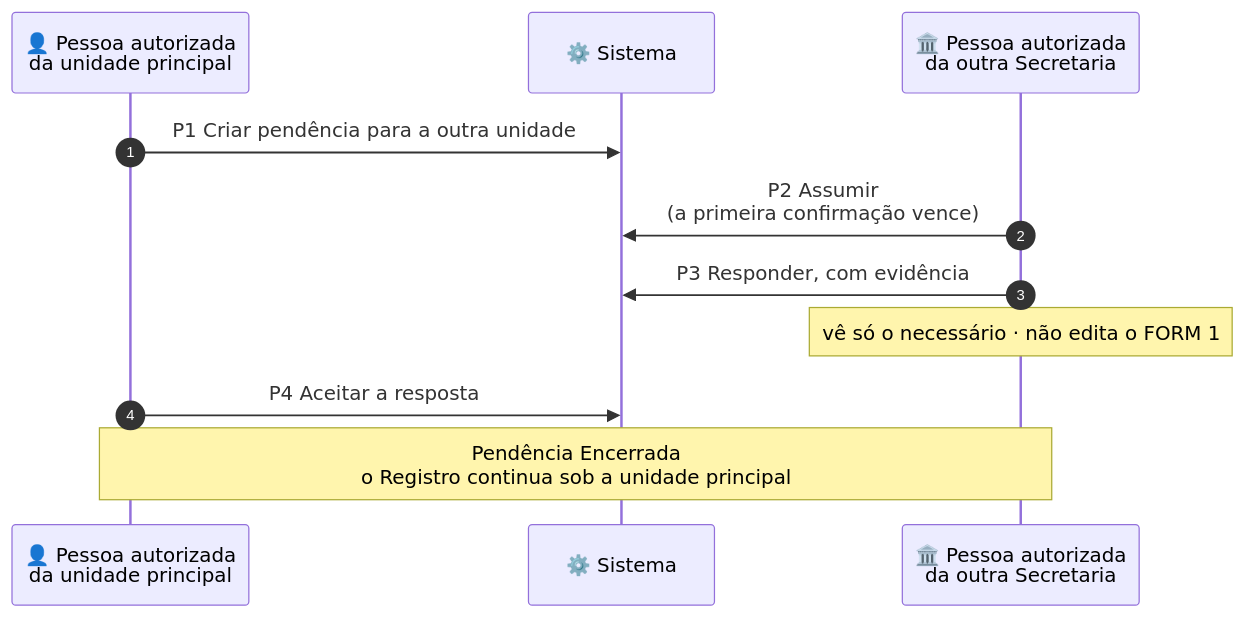
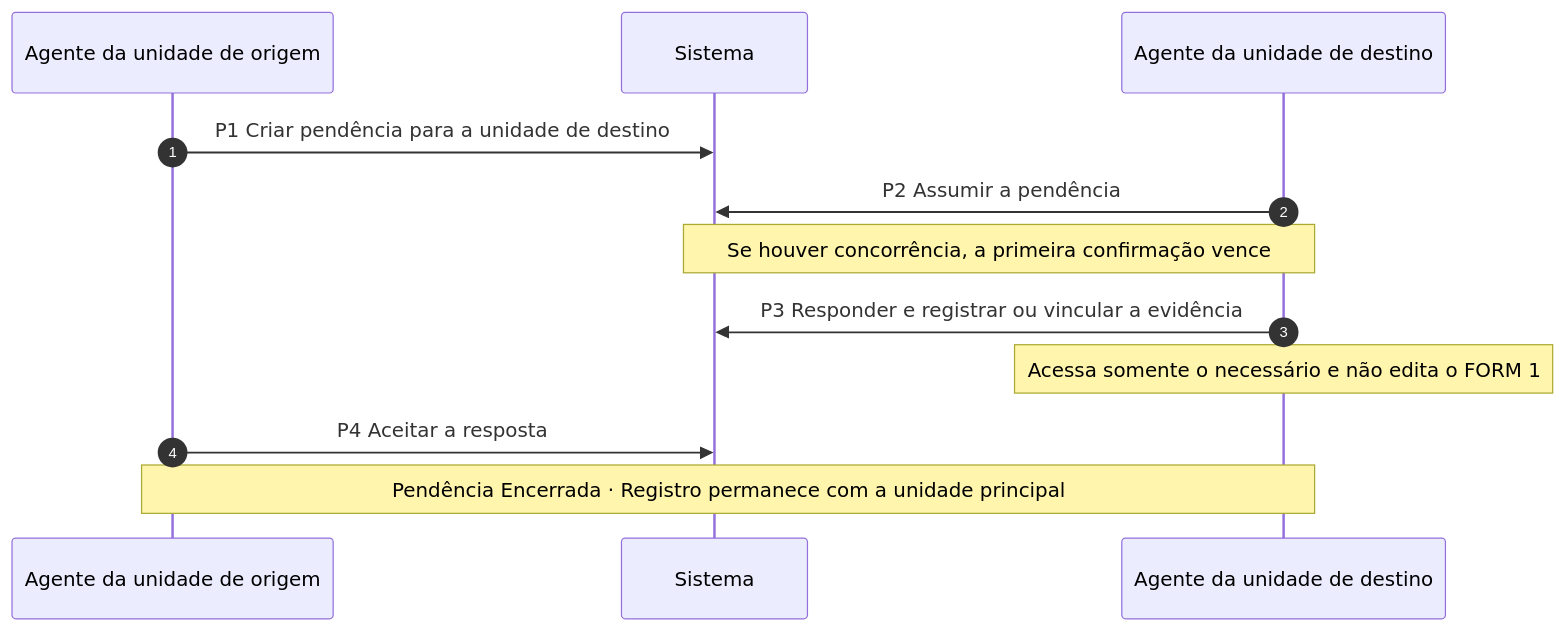
One commit to ailtonfv/governanca-lgpd-hortolandia changed the seventh of 9 diagrams in docs/arquitetura/MAPA_M1a.md. Above: the diagram before and after it, drawn with Mermaid. The commit also changed other lines of this file, not shown here.

````diff
--- a/docs/arquitetura/MAPA_M1a.md
+++ b/docs/arquitetura/MAPA_M1a.md
@@ -212,13 +323,15 @@
 ```mermaid
 sequenceDiagram
     autonumber
-    participant E as 👤 Pessoa autorizada<br/>da unidade principal
-    participant S as ⚙️ Sistema
-    participant O as 🏛️ Pessoa autorizada<br/>da outra Secretaria
-    E->>S: P1 Criar pendência para a outra unidade
-    O->>S: P2 Assumir<br/>(a primeira confirmação vence)
-    O->>S: P3 Responder, com evidência
-    Note over O: vê só o necessário · não edita o FORM 1
-    E->>S: P4 Aceitar a resposta
-    Note over E,O: Pendência Encerrada<br/>o Registro continua sob a unidade principal
+    participant O as Agente da unidade de origem
+    participant S as Sistema
+    participant D as Agente da unidade de destino
+
+    O->>S: P1 Criar pendência para a unidade de destino
+    D->>S: P2 Assumir a pendência
+    Note over D,S: Se houver concorrência, a primeira confirmação vence
+    D->>S: P3 Responder e registrar ou vincular a evidência
+    Note over D: Acessa somente o necessário e não edita o FORM 1
+    O->>S: P4 Aceitar a resposta
+    Note over O,D: Pendência Encerrada · Registro permanece com a unidade principal
 ```
````
